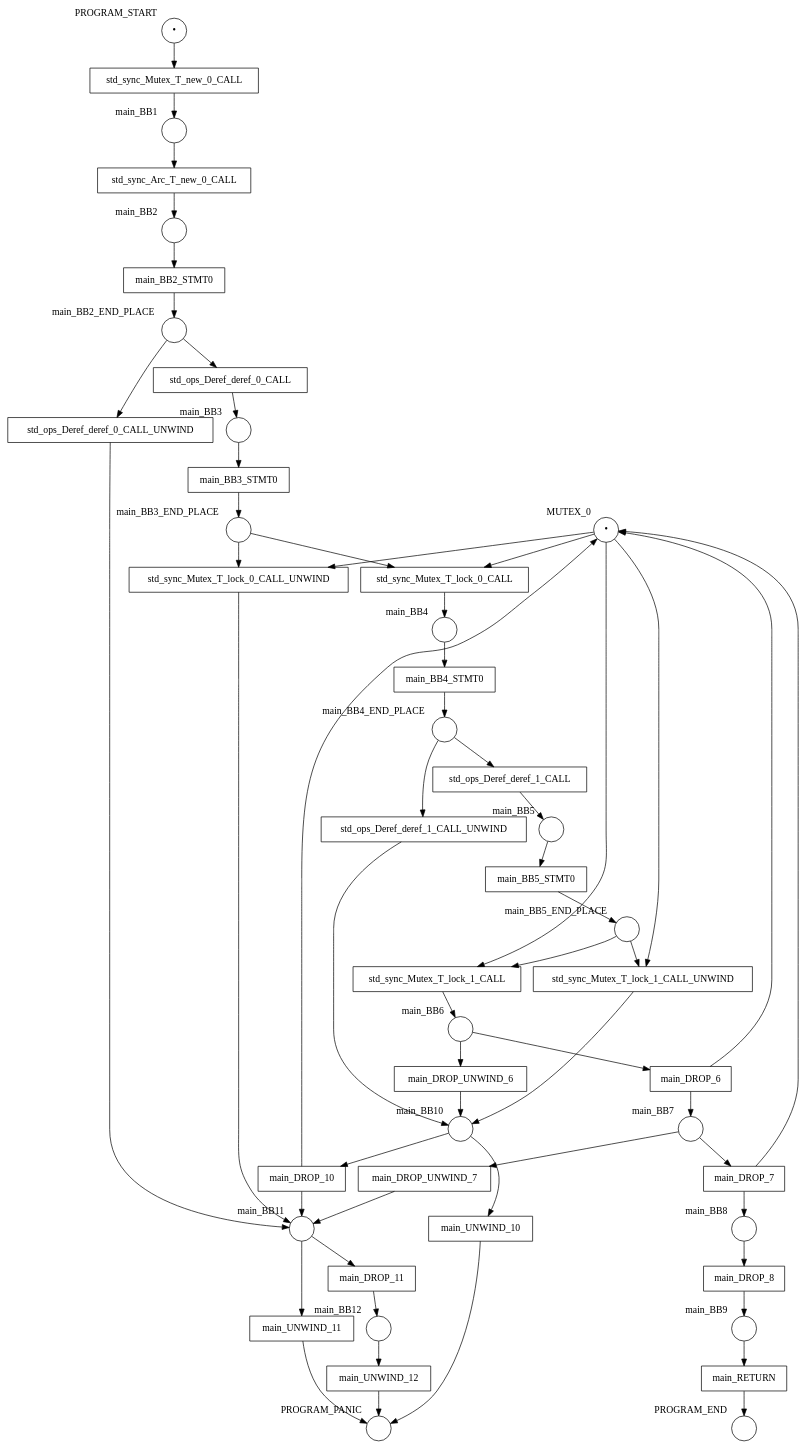
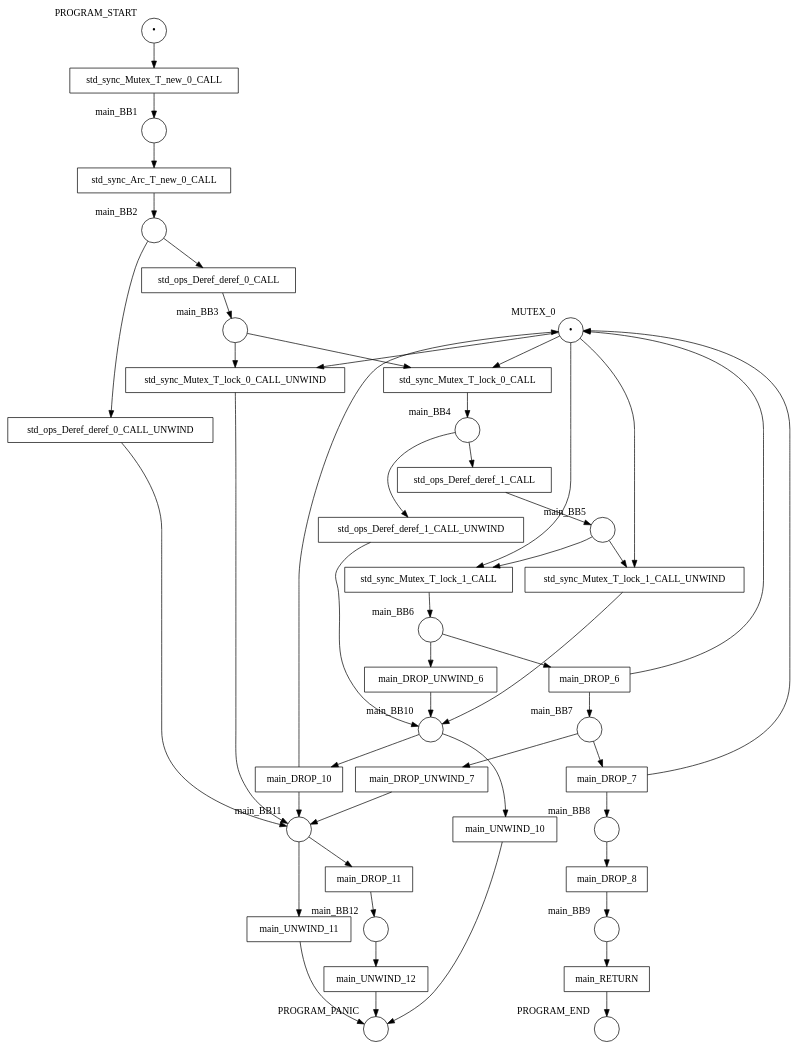
Before and after one commit to hlisdero/cargo-check-deadlock: the diagram in examples/results/mutex/double_lock_deadlock_with_arc/net.dot, drawn with Graphviz. The commit also changed 57 other files, not shown here.

First line of the commit message:
Architectural change: Do not model MIR statements anymore.

```diff
--- a/examples/results/mutex/double_lock_deadlock_with_arc/net.dot
+++ b/examples/results/mutex/double_lock_deadlock_with_arc/net.dot
@@ -1,104 +1,88 @@
 digraph petrinet {
     MUTEX_0 [shape="circle" xlabel="MUTEX_0" label="•"];
     PROGRAM_END [shape="circle" xlabel="PROGRAM_END" label=""];
     PROGRAM_PANIC [shape="circle" xlabel="PROGRAM_PANIC" label=""];
     PROGRAM_START [shape="circle" xlabel="PROGRAM_START" label="•"];
     main_BB1 [shape="circle" xlabel="main_BB1" label=""];
     main_BB10 [shape="circle" xlabel="main_BB10" label=""];
     main_BB11 [shape="circle" xlabel="main_BB11" label=""];
     main_BB12 [shape="circle" xlabel="main_BB12" label=""];
     main_BB2 [shape="circle" xlabel="main_BB2" label=""];
-    main_BB2_END_PLACE [shape="circle" xlabel="main_BB2_END_PLACE" label=""];
     main_BB3 [shape="circle" xlabel="main_BB3" label=""];
-    main_BB3_END_PLACE [shape="circle" xlabel="main_BB3_END_PLACE" label=""];
     main_BB4 [shape="circle" xlabel="main_BB4" label=""];
-    main_BB4_END_PLACE [shape="circle" xlabel="main_BB4_END_PLACE" label=""];
     main_BB5 [shape="circle" xlabel="main_BB5" label=""];
-    main_BB5_END_PLACE [shape="circle" xlabel="main_BB5_END_PLACE" label=""];
     main_BB6 [shape="circle" xlabel="main_BB6" label=""];
     main_BB7 [shape="circle" xlabel="main_BB7" label=""];
     main_BB8 [shape="circle" xlabel="main_BB8" label=""];
     main_BB9 [shape="circle" xlabel="main_BB9" label=""];
-    main_BB2_STMT0 [shape="box" xlabel="" label="main_BB2_STMT0"];
-    main_BB3_STMT0 [shape="box" xlabel="" label="main_BB3_STMT0"];
-    main_BB4_STMT0 [shape="box" xlabel="" label="main_BB4_STMT0"];
-    main_BB5_STMT0 [shape="box" xlabel="" label="main_BB5_STMT0"];
     main_DROP_10 [shape="box" xlabel="" label="main_DROP_10"];
     main_DROP_11 [shape="box" xlabel="" label="main_DROP_11"];
     main_DROP_6 [shape="box" xlabel="" label="main_DROP_6"];
     main_DROP_7 [shape="box" xlabel="" label="main_DROP_7"];
     main_DROP_8 [shape="box" xlabel="" label="main_DROP_8"];
     main_DROP_UNWIND_6 [shape="box" xlabel="" label="main_DROP_UNWIND_6"];
     main_DROP_UNWIND_7 [shape="box" xlabel="" label="main_DROP_UNWIND_7"];
     main_RETURN [shape="box" xlabel="" label="main_RETURN"];
     main_UNWIND_10 [shape="box" xlabel="" label="main_UNWIND_10"];
     main_UNWIND_11 [shape="box" xlabel="" label="main_UNWIND_11"];
     main_UNWIND_12 [shape="box" xlabel="" label="main_UNWIND_12"];
     std_ops_Deref_deref_0_CALL [shape="box" xlabel="" label="std_ops_Deref_deref_0_CALL"];
     std_ops_Deref_deref_0_CALL_UNWIND [shape="box" xlabel="" label="std_ops_Deref_deref_0_CALL_UNWIND"];
     std_ops_Deref_deref_1_CALL [shape="box" xlabel="" label="std_ops_Deref_deref_1_CALL"];
     std_ops_Deref_deref_1_CALL_UNWIND [shape="box" xlabel="" label="std_ops_Deref_deref_1_CALL_UNWIND"];
     std_sync_Arc_T_new_0_CALL [shape="box" xlabel="" label="std_sync_Arc_T_new_0_CALL"];
     std_sync_Mutex_T_lock_0_CALL [shape="box" xlabel="" label="std_sync_Mutex_T_lock_0_CALL"];
     std_sync_Mutex_T_lock_0_CALL_UNWIND [shape="box" xlabel="" label="std_sync_Mutex_T_lock_0_CALL_UNWIND"];
     std_sync_Mutex_T_lock_1_CALL [shape="box" xlabel="" label="std_sync_Mutex_T_lock_1_CALL"];
     std_sync_Mutex_T_lock_1_CALL_UNWIND [shape="box" xlabel="" label="std_sync_Mutex_T_lock_1_CALL_UNWIND"];
     std_sync_Mutex_T_new_0_CALL [shape="box" xlabel="" label="std_sync_Mutex_T_new_0_CALL"];
     MUTEX_0 -> std_sync_Mutex_T_lock_0_CALL;
     MUTEX_0 -> std_sync_Mutex_T_lock_0_CALL_UNWIND;
     MUTEX_0 -> std_sync_Mutex_T_lock_1_CALL;
     MUTEX_0 -> std_sync_Mutex_T_lock_1_CALL_UNWIND;
     PROGRAM_START -> std_sync_Mutex_T_new_0_CALL;
     main_BB1 -> std_sync_Arc_T_new_0_CALL;
     main_BB10 -> main_DROP_10;
     main_BB10 -> main_UNWIND_10;
     main_BB11 -> main_DROP_11;
     main_BB11 -> main_UNWIND_11;
     main_BB12 -> main_UNWIND_12;
-    main_BB2 -> main_BB2_STMT0;
-    main_BB2_END_PLACE -> std_ops_Deref_deref_0_CALL;
-    main_BB2_END_PLACE -> std_ops_Deref_deref_0_CALL_UNWIND;
-    main_BB3 -> main_BB3_STMT0;
-    main_BB3_END_PLACE -> std_sync_Mutex_T_lock_0_CALL;
-    main_BB3_END_PLACE -> std_sync_Mutex_T_lock_0_CALL_UNWIND;
-    main_BB4 -> main_BB4_STMT0;
-    main_BB4_END_PLACE -> std_ops_Deref_deref_1_CALL;
-    main_BB4_END_PLACE -> std_ops_Deref_deref_1_CALL_UNWIND;
-    main_BB5 -> main_BB5_STMT0;
-    main_BB5_END_PLACE -> std_sync_Mutex_T_lock_1_CALL;
-    main_BB5_END_PLACE -> std_sync_Mutex_T_lock_1_CALL_UNWIND;
+    main_BB2 -> std_ops_Deref_deref_0_CALL;
+    main_BB2 -> std_ops_Deref_deref_0_CALL_UNWIND;
+    main_BB3 -> std_sync_Mutex_T_lock_0_CALL;
+    main_BB3 -> std_sync_Mutex_T_lock_0_CALL_UNWIND;
+    main_BB4 -> std_ops_Deref_deref_1_CALL;
+    main_BB4 -> std_ops_Deref_deref_1_CALL_UNWIND;
+    main_BB5 -> std_sync_Mutex_T_lock_1_CALL;
+    main_BB5 -> std_sync_Mutex_T_lock_1_CALL_UNWIND;
     main_BB6 -> main_DROP_6;
     main_BB6 -> main_DROP_UNWIND_6;
     main_BB7 -> main_DROP_7;
     main_BB7 -> main_DROP_UNWIND_7;
     main_BB8 -> main_DROP_8;
     main_BB9 -> main_RETURN;
-    main_BB2_STMT0 -> main_BB2_END_PLACE;
-    main_BB3_STMT0 -> main_BB3_END_PLACE;
-    main_BB4_STMT0 -> main_BB4_END_PLACE;
-    main_BB5_STMT0 -> main_BB5_END_PLACE;
     main_DROP_10 -> MUTEX_0;
     main_DROP_10 -> main_BB11;
     main_DROP_11 -> main_BB12;
     main_DROP_6 -> MUTEX_0;
     main_DROP_6 -> main_BB7;
     main_DROP_7 -> MUTEX_0;
     main_DROP_7 -> main_BB8;
     main_DROP_8 -> main_BB9;
     main_DROP_UNWIND_6 -> main_BB10;
     main_DROP_UNWIND_7 -> main_BB11;
     main_RETURN -> PROGRAM_END;
     main_UNWIND_10 -> PROGRAM_PANIC;
     main_UNWIND_11 -> PROGRAM_PANIC;
     main_UNWIND_12 -> PROGRAM_PANIC;
     std_ops_Deref_deref_0_CALL -> main_BB3;
     std_ops_Deref_deref_0_CALL_UNWIND -> main_BB11;
     std_ops_Deref_deref_1_CALL -> main_BB5;
     std_ops_Deref_deref_1_CALL_UNWIND -> main_BB10;
     std_sync_Arc_T_new_0_CALL -> main_BB2;
     std_sync_Mutex_T_lock_0_CALL -> main_BB4;
     std_sync_Mutex_T_lock_0_CALL_UNWIND -> main_BB11;
     std_sync_Mutex_T_lock_1_CALL -> main_BB6;
     std_sync_Mutex_T_lock_1_CALL_UNWIND -> main_BB10;
     std_sync_Mutex_T_new_0_CALL -> main_BB1;
 }
```
